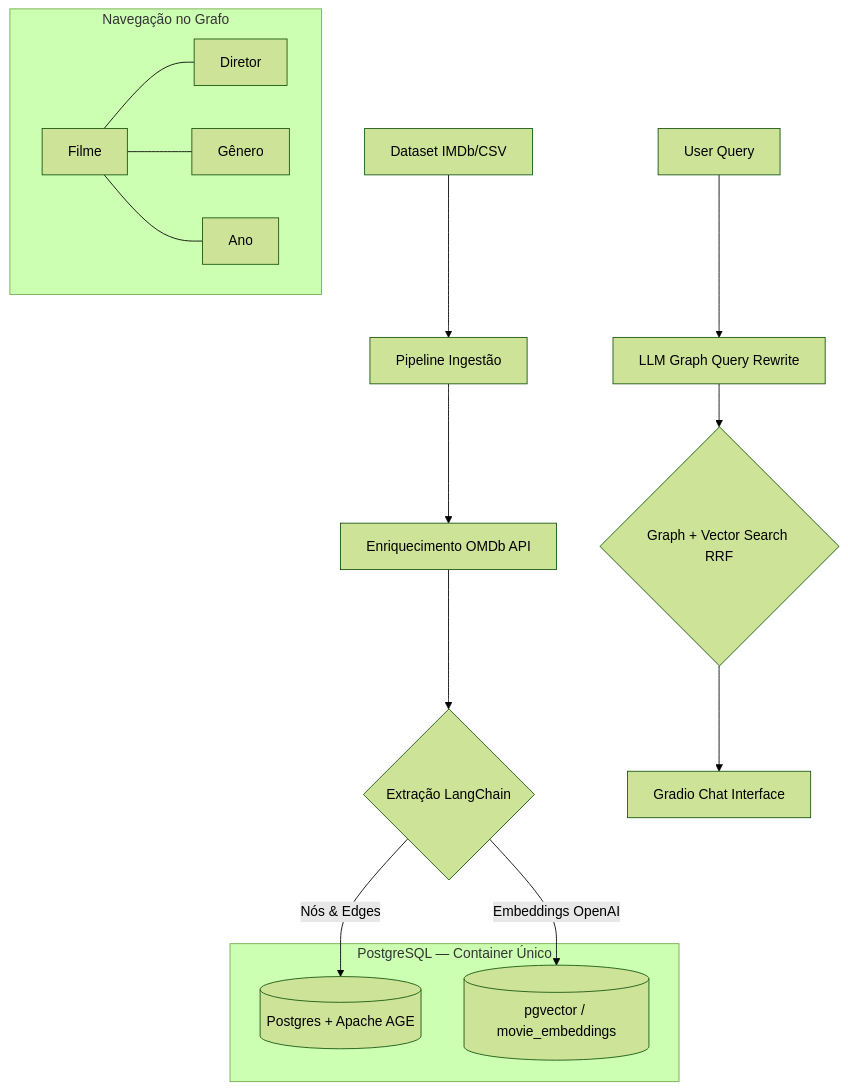
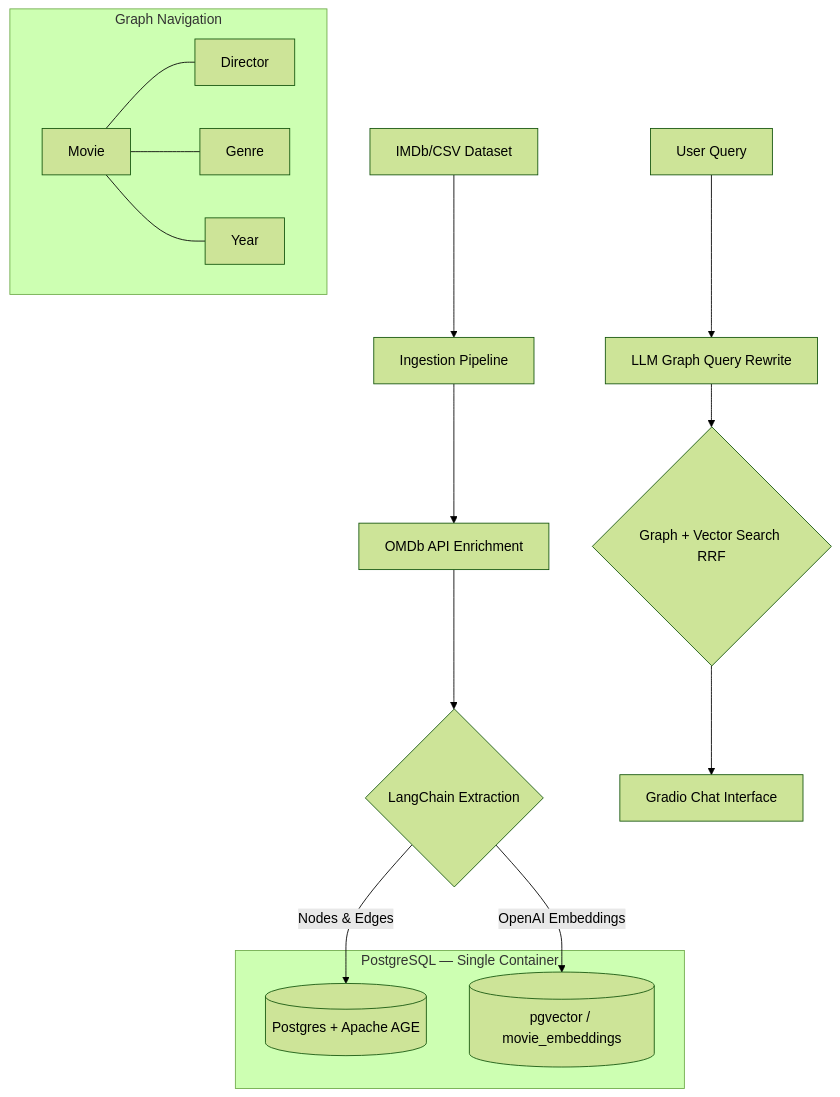
Before and after one commit to RichardMan13/ContextGraph-AI: the diagram in README.md, drawn with Mermaid (forest theme). The commit also changed other lines of this file and 15 other files, not shown here.

Commit message:
feat: implement graph visualization suite and establish modular RAG pipeline architecture

````diff
--- a/README.md
+++ b/README.md
@@ -30,23 +30,23 @@
 ```mermaid
 graph TD
-    A[Dataset IMDb/CSV] --> B[Pipeline Ingestão]
-    B --> C[Enriquecimento OMDb API]
-    C --> D{Extração LangChain}
-    D -->|Nós & Edges| E[(Postgres + Apache AGE)]
-    D -->|Embeddings OpenAI| F[(pgvector / movie_embeddings)]
+    A[IMDb/CSV Dataset] --> B[Ingestion Pipeline]
+    B --> C[OMDb API Enrichment]
+    C --> D{LangChain Extraction}
+    D -->|Nodes & Edges| E[(Postgres + Apache AGE)]
+    D -->|OpenAI Embeddings| F[(pgvector / movie_embeddings)]
 
-    subgraph "PostgreSQL — Container Único"
+    subgraph "PostgreSQL — Single Container"
         E
         F
     end
 
-    subgraph "Navegação no Grafo"
-        G1[Filme] --- G2[Diretor]
-        G1 --- G3[Gênero]
-        G1 --- G4[Ano]
+    subgraph "Graph Navigation"
+        G1[Movie] --- G2[Director]
+        G1 --- G3[Genre]
+        G1 --- G4[Year]
     end
 
     H[User Query] --> I[LLM Graph Query Rewrite]
     I --> J{Graph + Vector Search RRF}
     J --> K[Gradio Chat Interface]
 ```
````
